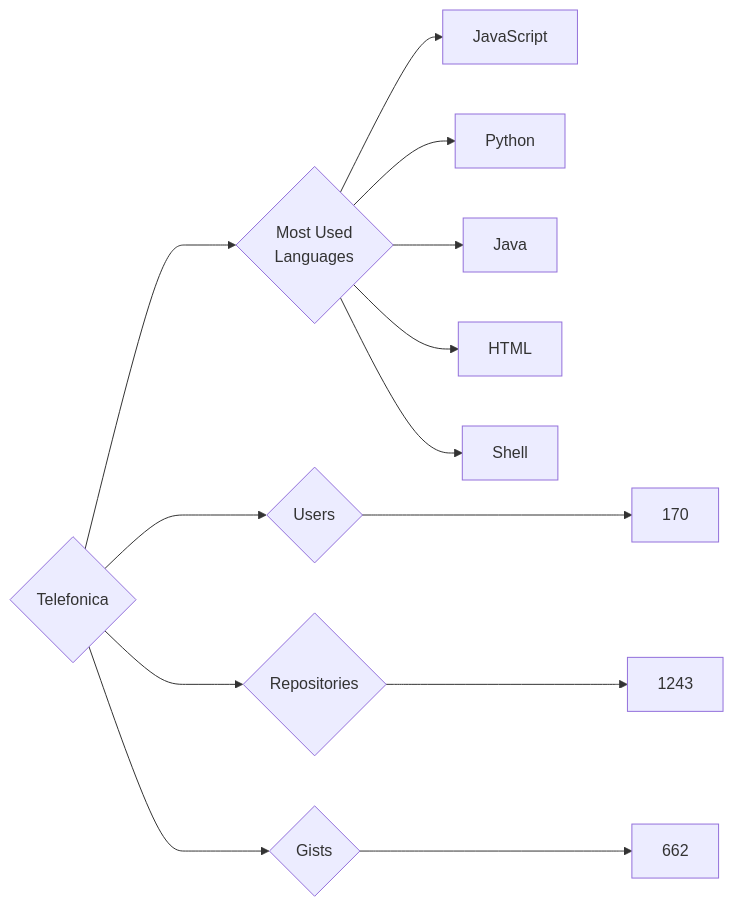
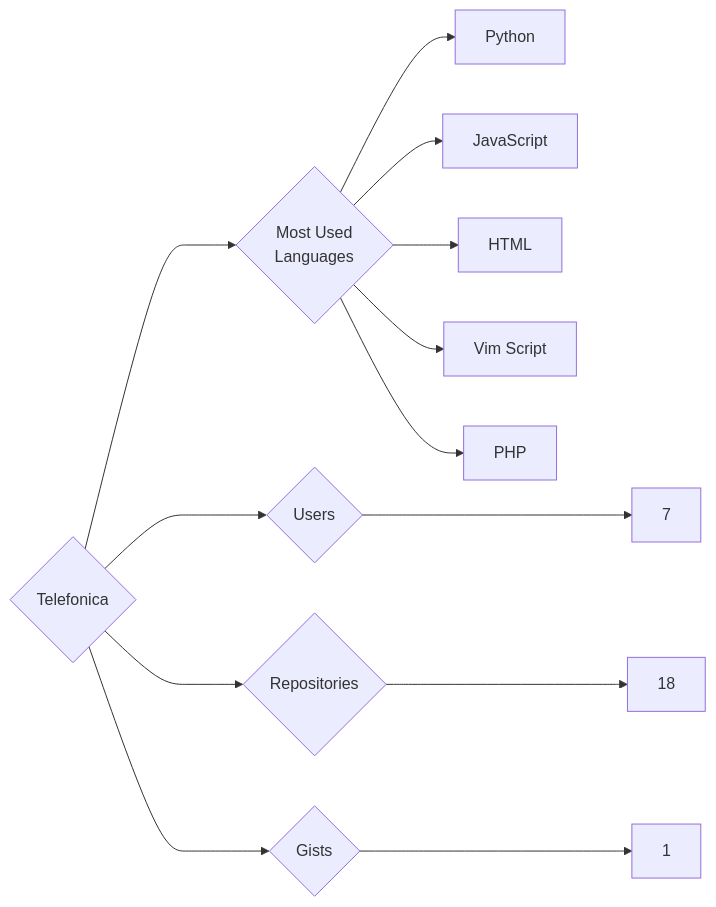
The diagram in targets/Telefonica/README.md (trickest/insiders), drawn with Mermaid before and after one commit. The commit also changed 1496 other files, not shown here.

````diff
--- a/targets/Telefonica/README.md
+++ b/targets/Telefonica/README.md
@@ -3,13 +3,13 @@
 ```mermaid
 graph LR
 COMPANY_NAME{Telefonica}
-COMPANY_NAME ---> U{Users} ---> UN[170]
-COMPANY_NAME ---> R{Repositories} ---> RN[1243]
-COMPANY_NAME ---> G{Gists} ---> GN[662]
+COMPANY_NAME ---> U{Users} ---> UN[7]
+COMPANY_NAME ---> R{Repositories} ---> RN[18]
+COMPANY_NAME ---> G{Gists} ---> GN[1]
 COMPANY_NAME ---> ML{Most Used<br>Languages}
+ML --> Python[Python]
 ML --> JavaScript[JavaScript]
-ML --> Python[Python]
-ML --> Java[Java]
 ML --> HTML[HTML]
-ML --> Shell[Shell]
+ML --> Vim_Script[Vim Script]
+ML --> PHP[PHP]
 ```
````
